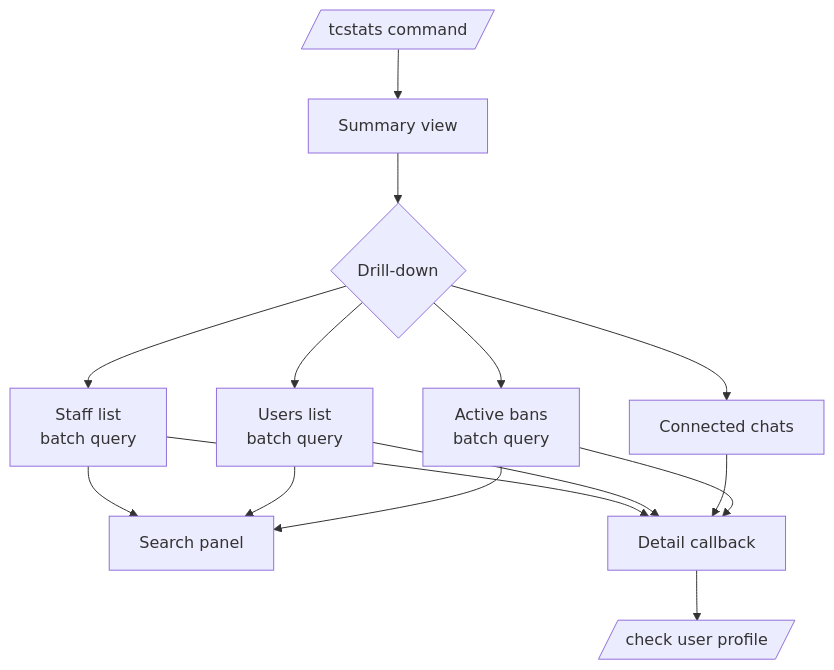
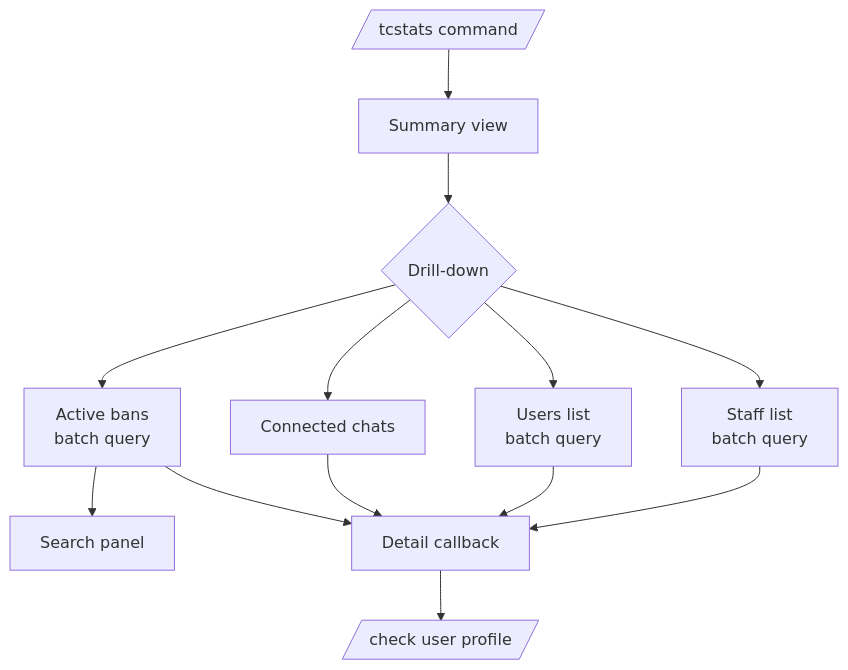
Before and after one commit to D1ZZY4/tcbot: the diagram in docs/stats-detailed.md, drawn with Mermaid. The commit also changed 11 other files, not shown here.

````diff
--- a/docs/stats-detailed.md
+++ b/docs/stats-detailed.md
@@ -7,12 +7,12 @@
 ```mermaid
 flowchart TD
     Cmd[/tcstats command/] --> Summary[Summary view]
     Summary --> Buttons{Drill-down}
     Buttons --> Staff[Staff list<br/>batch query]
     Buttons --> Users[Users list<br/>batch query]
     Buttons --> Chats[Connected chats]
     Buttons --> Bans[Active bans<br/>batch query]
-    Staff & Users & Bans --> SearchPanel[Search panel]
+    Bans --> SearchPanel[Search panel]
     Staff & Users & Chats & Bans --> Detail[Detail callback]
     Detail --> Profile[/check user profile/]
 ```
````
